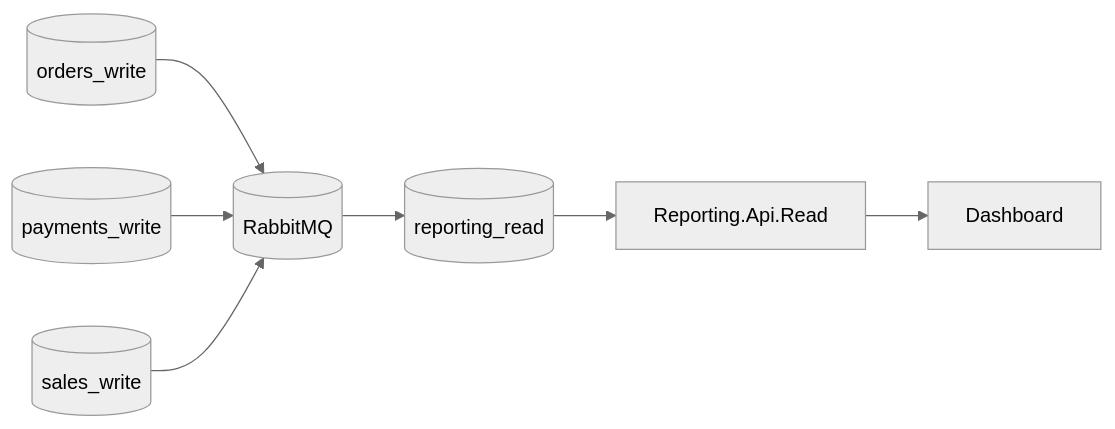
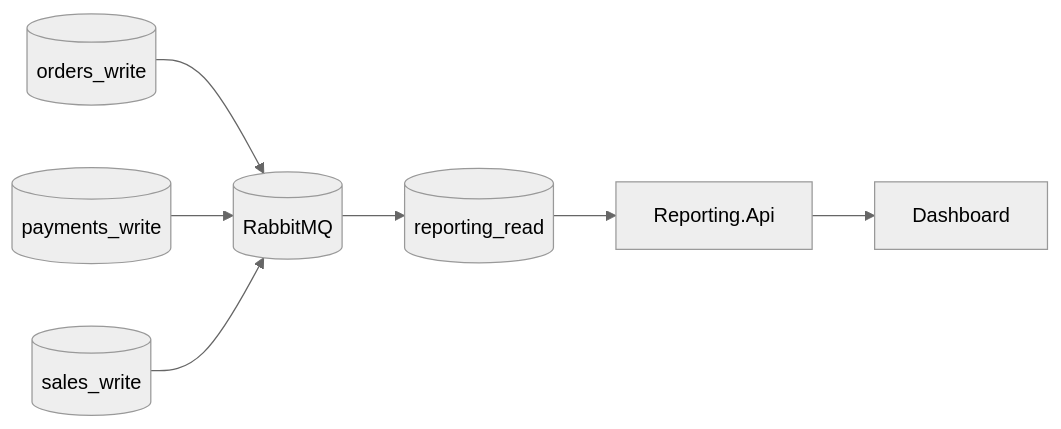
Before and after one commit to sergioocode/Restaurantes: the fifth of 5 diagrams in docs/Reporting.README.md, drawn with Mermaid (neutral theme). The commit also changed other lines of this file and 257 other files, not shown here.

````diff
--- a/docs/Reporting.README.md
+++ b/docs/Reporting.README.md
@@ -946,17 +943,17 @@
 ```mermaid
 flowchart LR
     OrdersWrite[("orders_write")]
     PaymentsWrite[("payments_write")]
     SalesWrite[("sales_write")]
     Rabbit[("RabbitMQ")]
     ReportingRead[("reporting_read")]
-    ReportingApi["Reporting.Api.Read"]
+    ReportingApi["Reporting.Api"]
     Dashboard["Dashboard"]
 
     OrdersWrite --> Rabbit
     PaymentsWrite --> Rabbit
     SalesWrite --> Rabbit
     Rabbit --> ReportingRead
     ReportingRead --> ReportingApi
     ReportingApi --> Dashboard
 ```
````
